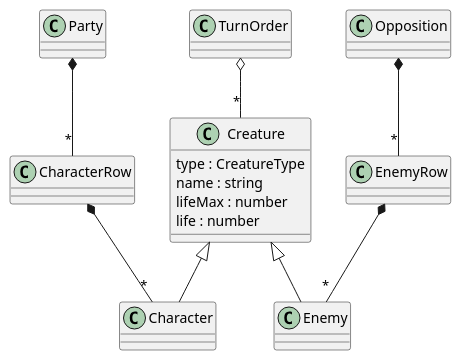
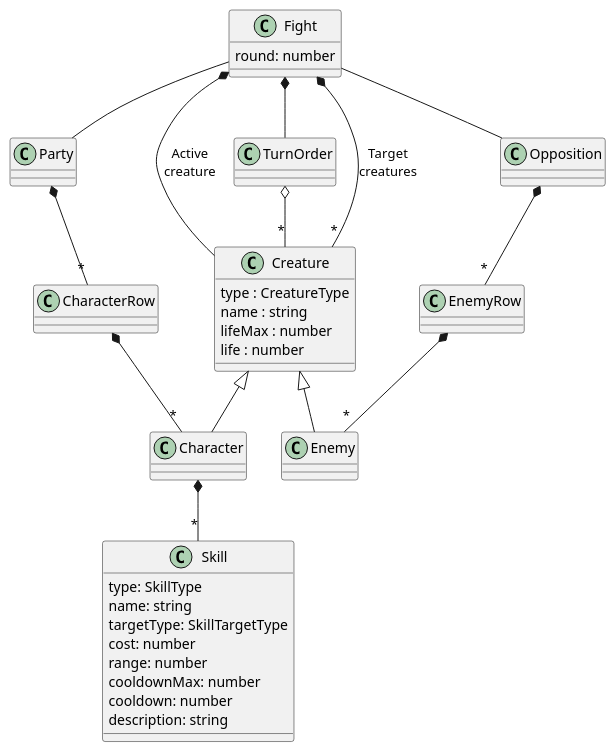
Before and after one commit to fbeaufume/draconis: the diagram in doc/model.puml, drawn with PlantUML.

Commit message:
Updated the domain model documentation

```diff
--- a/doc/model.puml
+++ b/doc/model.puml
@@ -1,39 +1,60 @@
 @startuml
 
 class Creature {
   type : CreatureType
   name : string
   lifeMax : number
   life : number
+}
+
+class Skill {
+  type: SkillType
+  name: string
+  targetType: SkillTargetType
+  cost: number
+  range: number
+  cooldownMax: number
+  cooldown: number
+  description: string
 }
 
 class Character {
 }
 
 class CharacterRow {
 }
 
 class Party {
 }
 
 class Enemy {
 }
 
 class EnemyRow {
 }
 
 class Opposition {
 }
 
 class TurnOrder {
 }
 
+class Fight {
+  round: number
+}
+
 Creature <|-- Character
+Character *-- "*" Skill
 Creature <|-- Enemy
 CharacterRow *-- "*" Character
 Party *-- "*" CharacterRow
 EnemyRow *-- "*" Enemy
 Opposition *-- "*" EnemyRow
 TurnOrder o-- "*" Creature
+Fight -- Party
+Fight -- Opposition
+Fight *-- TurnOrder
+Fight *-- Creature : "Active\ncreature"
+Fight *-- "*" Creature : "Target\ncreatures"
 
 @enduml
```
